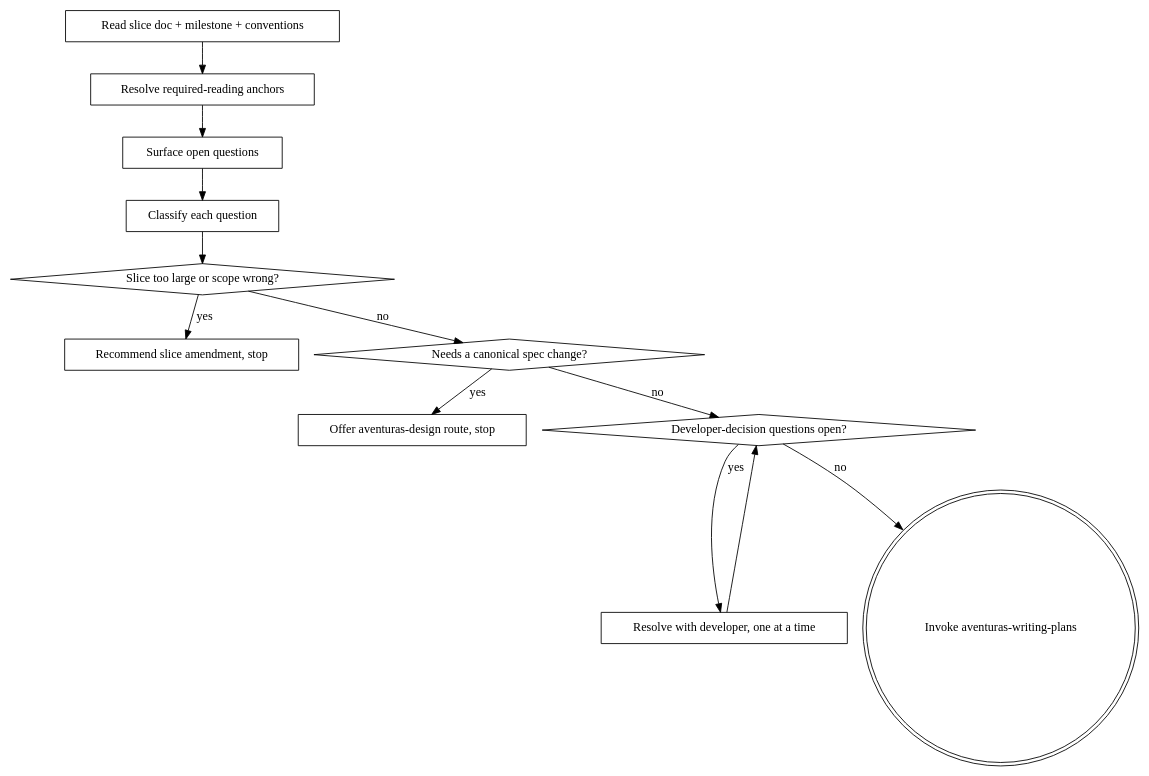
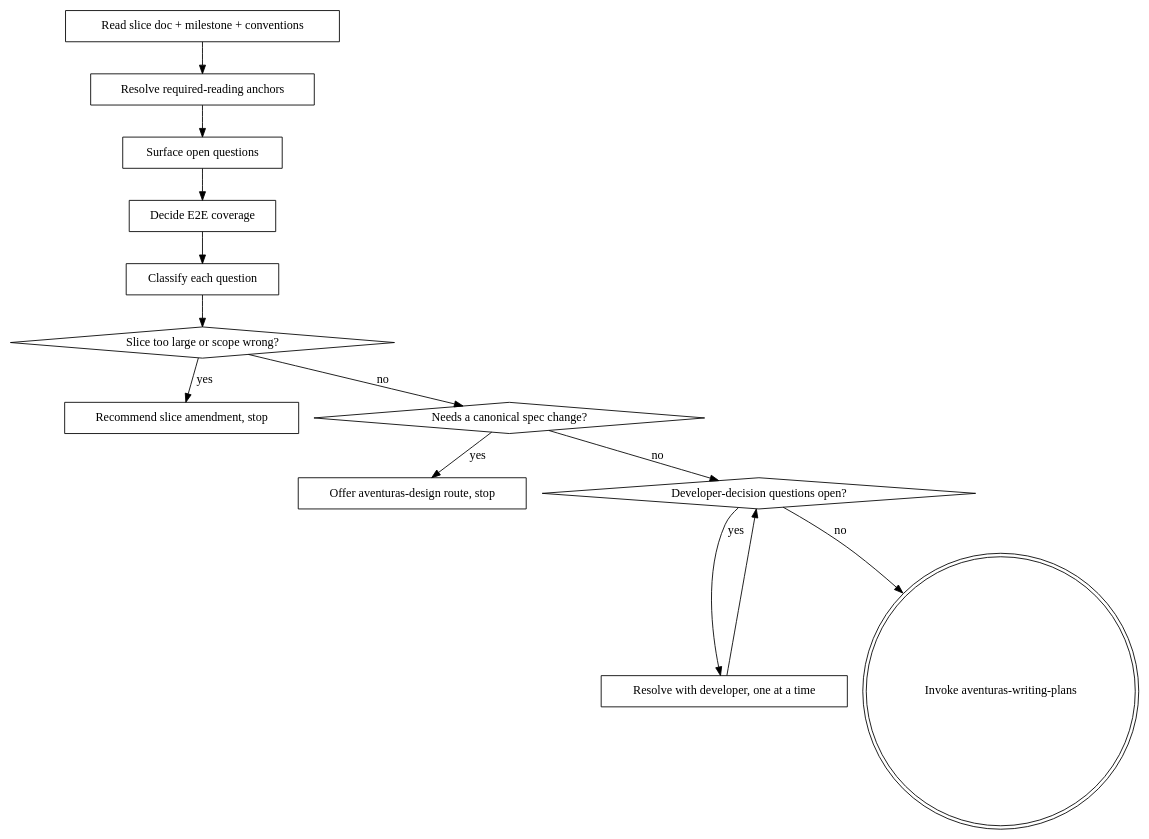
One commit to AventurasTeam/Aventuras changed the diagram in .agents/skills/aventuras-plan-slice/SKILL.md. Above: the diagram before and after it, drawn with Graphviz. The commit also changed other lines of this file and 2 other files, not shown here.

````diff
--- a/.agents/skills/aventuras-plan-slice/SKILL.md
+++ b/.agents/skills/aventuras-plan-slice/SKILL.md
@@ -40,27 +41,29 @@
 ```dot
 digraph planning {
     "Read slice doc + milestone + conventions" [shape=box];
     "Resolve required-reading anchors" [shape=box];
     "Surface open questions" [shape=box];
+    "Decide E2E coverage" [shape=box];
     "Classify each question" [shape=box];
     "Slice too large or scope wrong?" [shape=diamond];
     "Recommend slice amendment, stop" [shape=box];
     "Needs a canonical spec change?" [shape=diamond];
     "Offer aventuras-design route, stop" [shape=box];
     "Developer-decision questions open?" [shape=diamond];
     "Resolve with developer, one at a time" [shape=box];
     "Invoke aventuras-writing-plans" [shape=doublecircle];
 
     "Read slice doc + milestone + conventions" -> "Resolve required-reading anchors";
     "Resolve required-reading anchors" -> "Surface open questions";
-    "Surface open questions" -> "Classify each question";
+    "Surface open questions" -> "Decide E2E coverage";
+    "Decide E2E coverage" -> "Classify each question";
     "Classify each question" -> "Slice too large or scope wrong?";
     "Slice too large or scope wrong?" -> "Recommend slice amendment, stop" [label="yes"];
     "Slice too large or scope wrong?" -> "Needs a canonical spec change?" [label="no"];
     "Needs a canonical spec change?" -> "Offer aventuras-design route, stop" [label="yes"];
     "Needs a canonical spec change?" -> "Developer-decision questions open?" [label="no"];
     "Developer-decision questions open?" -> "Resolve with developer, one at a time" [label="yes"];
     "Resolve with developer, one at a time" -> "Developer-decision questions open?";
     "Developer-decision questions open?" -> "Invoke aventuras-writing-plans" [label="no"];
 }
 ```
````
